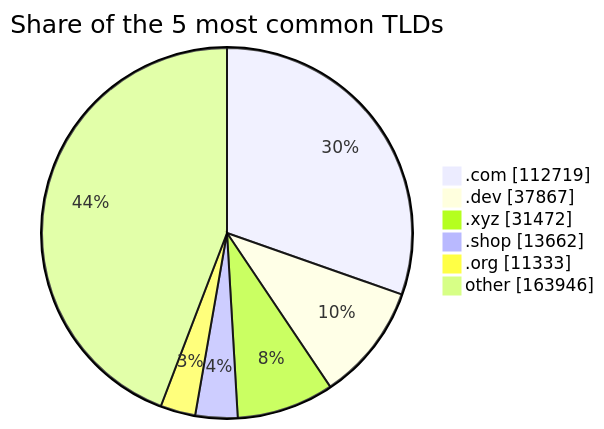
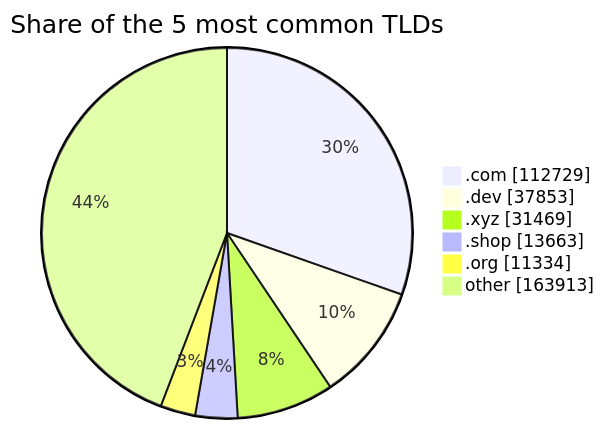
Before and after one commit to DNSBunker/CTI: the third of 3 diagrams in README.md, drawn with Mermaid. The commit also changed other lines of this file and 3 other files, not shown here.

````diff
--- a/README.md
+++ b/README.md
@@ -81,9 +81,9 @@
 ```mermaid
 pie showData title Share of the 5 most common TLDs
-    ".com" : 112719
-    ".dev" : 37867
-    ".xyz" : 31472
-    ".shop" : 13662
-    ".org" : 11333
-    "other" : 163946
+    ".com" : 112729
+    ".dev" : 37853
+    ".xyz" : 31469
+    ".shop" : 13663
+    ".org" : 11334
+    "other" : 163913
 ```
````
